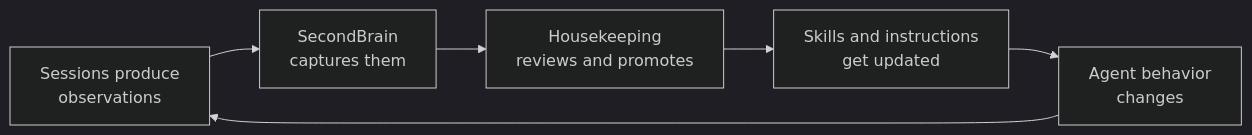
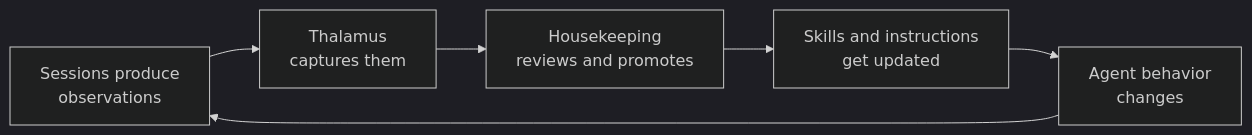
One commit to SiliconSaga/yggdrasil changed the diagram in docs/gdd/self-improving-loop.md. Above: the diagram before and after it, drawn with Mermaid (dark theme). The commit also changed other lines of this file and 24 other files, not shown here.

First line of the commit message:
feat: rename SecondBrain to Thalamus, add overlay adoption concept to getting-started

````diff
--- a/docs/gdd/self-improving-loop.md
+++ b/docs/gdd/self-improving-loop.md
@@ -8,8 +8,8 @@
 ```mermaid
 graph LR
-    A["Sessions produce<br/>observations"] --> B["SecondBrain<br/>captures them"]
+    A["Sessions produce<br/>observations"] --> B["Thalamus<br/>captures them"]
     B --> C["Housekeeping<br/>reviews and promotes"]
     C --> D["Skills and instructions<br/>get updated"]
     D --> E["Agent behavior<br/>changes"]
     E --> A
 ```
````
